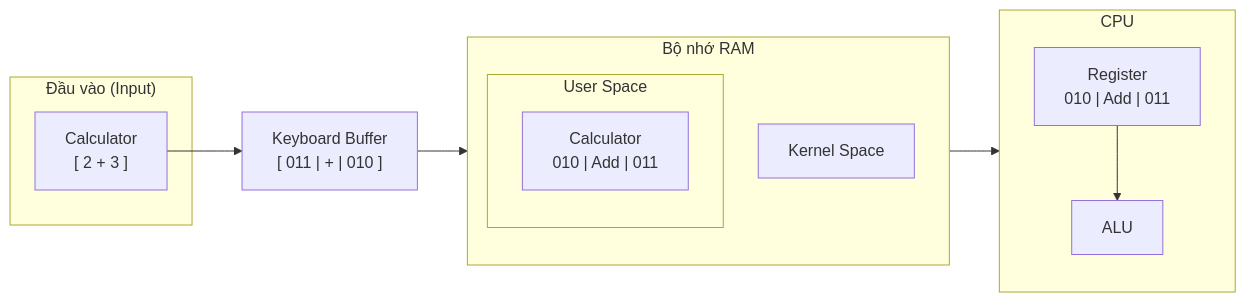
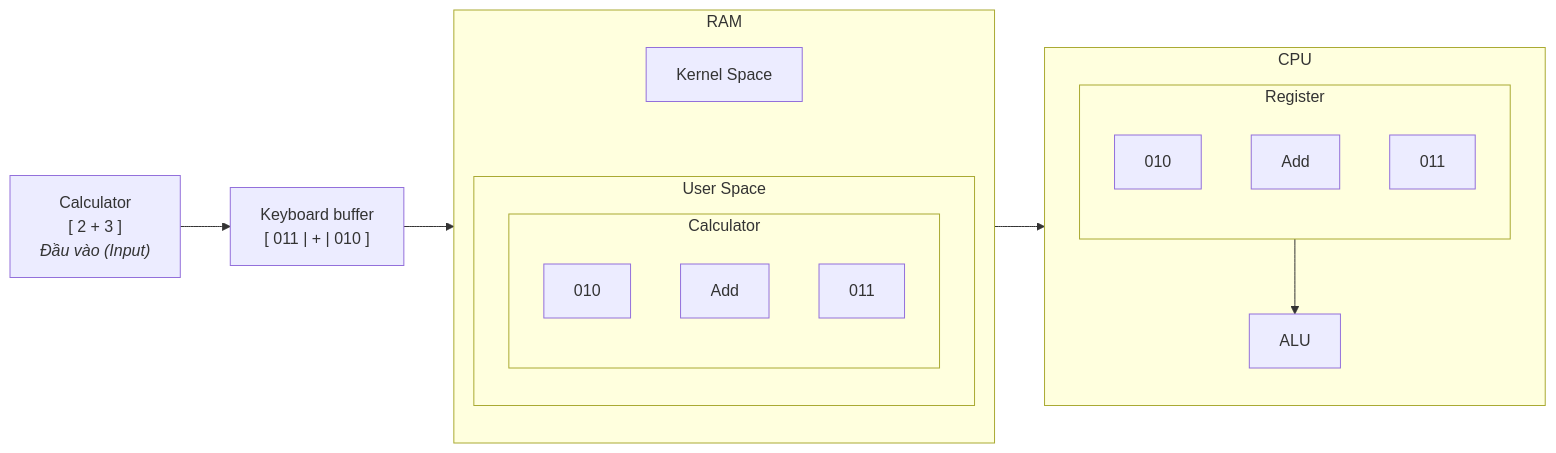
The sixth of 10 diagrams in OperatingSystem/OS_scratch/Concepts_OS/Intro_OS/Lession4.md (Duc-Lee/LLMserving_GPUoptimization), drawn with Mermaid before and after one commit. The commit also changed other lines of this file, not shown here.

````diff
--- a/OperatingSystem/OS_scratch/Concepts_OS/Intro_OS/Lession4.md
+++ b/OperatingSystem/OS_scratch/Concepts_OS/Intro_OS/Lession4.md
@@ -156,27 +136,34 @@
 ```mermaid
 flowchart LR
-    subgraph INPUT ["Đầu vào (Input)"]
-        CALC["Calculator<br/>[ 2 + 3 ]"]
-    end
+    IN_CALC["Calculator<br/>[ 2 + 3 ]<br/><i>Đầu vào (Input)</i>"] --> KB_BUF["Keyboard buffer<br/>[ 011 | + | 010 ]"]
 
-    KB_BUF["Keyboard Buffer<br/>[ 011 | + | 010 ]"]
+    KB_BUF --> CALC_RAM
 
-    subgraph RAM ["Bộ nhớ RAM"]
+    subgraph RAM ["RAM"]
         direction TB
         KS["Kernel Space"]
         subgraph US ["User Space"]
-            CALC_RAM["Calculator<br/>010 | Add | 011"]
+            subgraph CALC_RAM ["Calculator"]
+                direction TB
+                V1["010"]
+                OP["Add"]
+                V2["011"]
+            end
         end
+        KS ~~~ US
     end
+
+    CALC_RAM --> REG
 
     subgraph CPU ["CPU"]
         direction TB
-        REG["Register<br/>010 | Add | 011"]
+        subgraph REG ["Register"]
+            direction TB
+            R_V1["010"]
+            R_OP["Add"]
+            R_V2["011"]
+        end
         ALU["ALU"]
         REG --> ALU
     end
-
-    CALC --> KB_BUF
-    KB_BUF --> CALC_RAM
-    CALC_RAM --> REG
 ```
````
